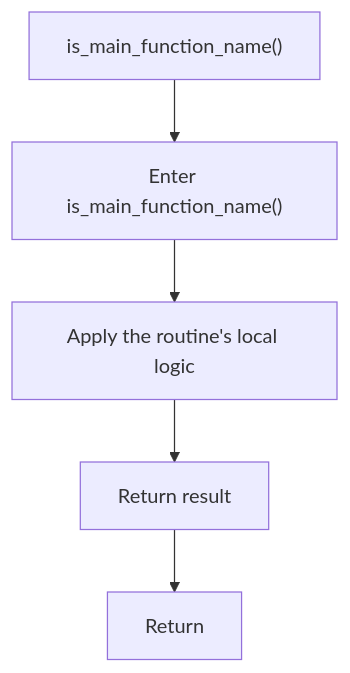
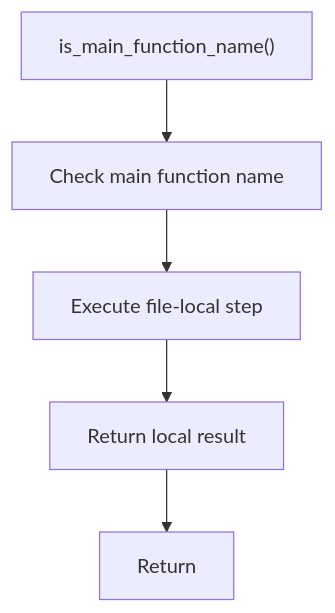
The diagram in docs/Codebase/Microservice/Modules/Source/Analysis/ImplementationUse/Resolution/Symbols/Resolve/Flow/functions/is_main_function_name.cpp.md (JohnAndrewBalbarosa/NeoTerritory), drawn with Mermaid before and after one commit. The commit also changed other lines of this file and 925 other files, not shown here.

````diff
--- a/docs/Codebase/Microservice/Modules/Source/Analysis/ImplementationUse/Resolution/Symbols/Resolve/Flow/functions/is_main_function_name.cpp.md
+++ b/docs/Codebase/Microservice/Modules/Source/Analysis/ImplementationUse/Resolution/Symbols/Resolve/Flow/functions/is_main_function_name.cpp.md
@@ -15,12 +15,12 @@
 ```mermaid
 flowchart TD
     Start["is_main_function_name()"]
-    N0["Enter is_main_function_name()"]
-    N1["Apply the routine's local logic"]
-    N2["Return result"]
+    N0["Check main function name"]
+    N1["Execute file-local step"]
+    N2["Return local result"]
     End["Return"]
     Start --> N0
     N0 --> N1
     N1 --> N2
     N2 --> End
 ```
````
